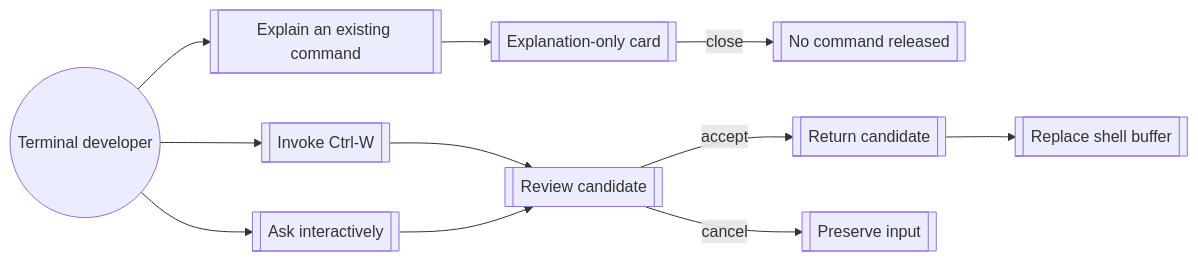
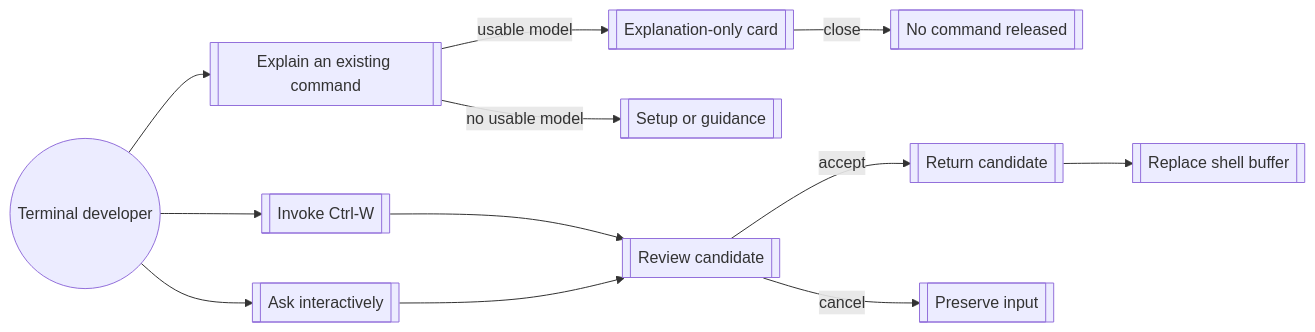
Before and after one commit to buster/watn: the diagram in givn/specs/use-shell/usecase.md, drawn with Mermaid. The commit also changed other lines of this file and 19 other files, not shown here.

Commit message:
feat(explain-command): Enter closes the explanation card without releasing the command

````diff
--- a/givn/specs/use-shell/usecase.md
+++ b/givn/specs/use-shell/usecase.md
@@ -144,13 +147,14 @@
 ```mermaid
 flowchart LR
   User((Terminal developer)) --> Shortcut[[Invoke Ctrl-W]]
   User --> Ask[[Ask interactively]]
   User --> Explain[[Explain an existing command]]
   Shortcut --> Review[[Review candidate]]
   Ask --> Review
-  Explain --> ExplainCard[[Explanation-only card]]
+  Explain -->|no usable model| Setup[[Setup or guidance]]
+  Explain -->|usable model| ExplainCard[[Explanation-only card]]
   ExplainCard -->|close| Nothing[[No command released]]
   Review -->|accept| Result[[Return candidate]]
   Review -->|cancel| Preserve[[Preserve input]]
   Result --> Buffer[[Replace shell buffer]]
 ```
````
